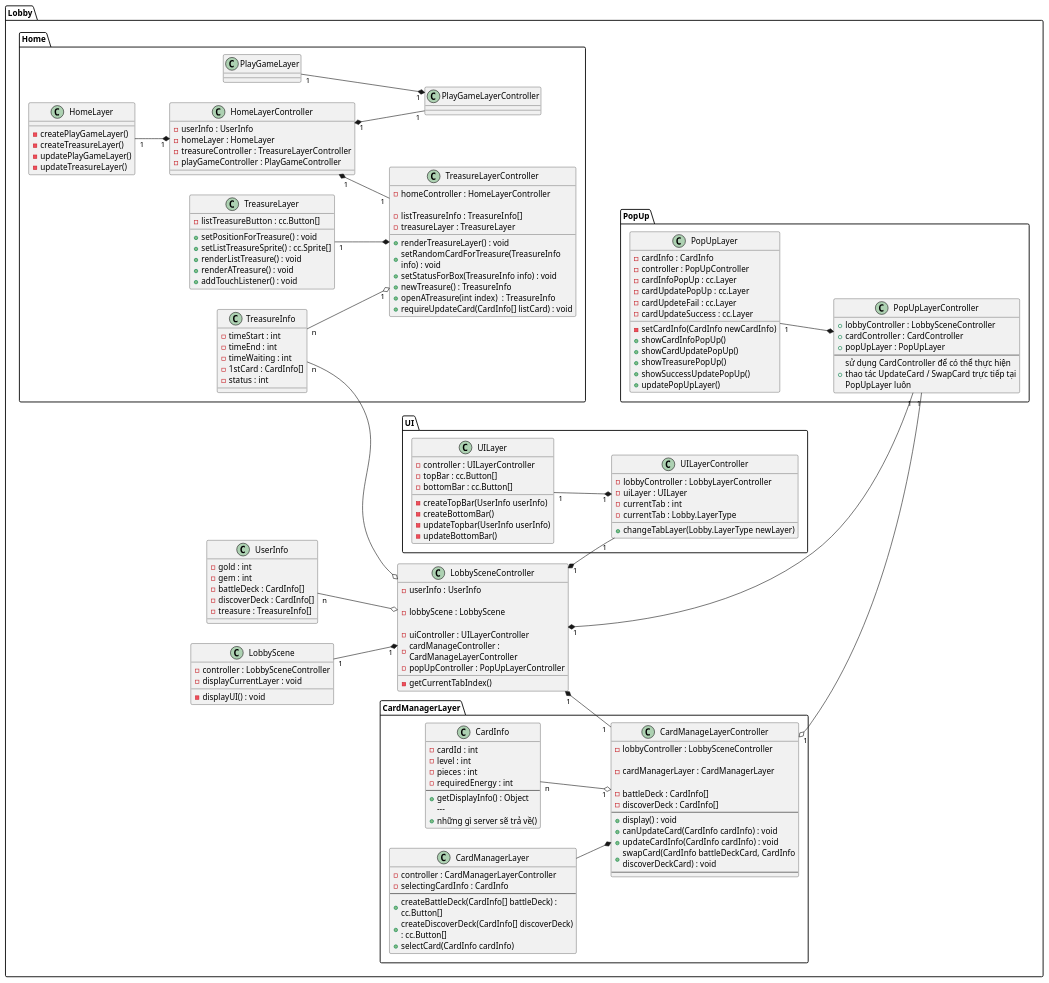
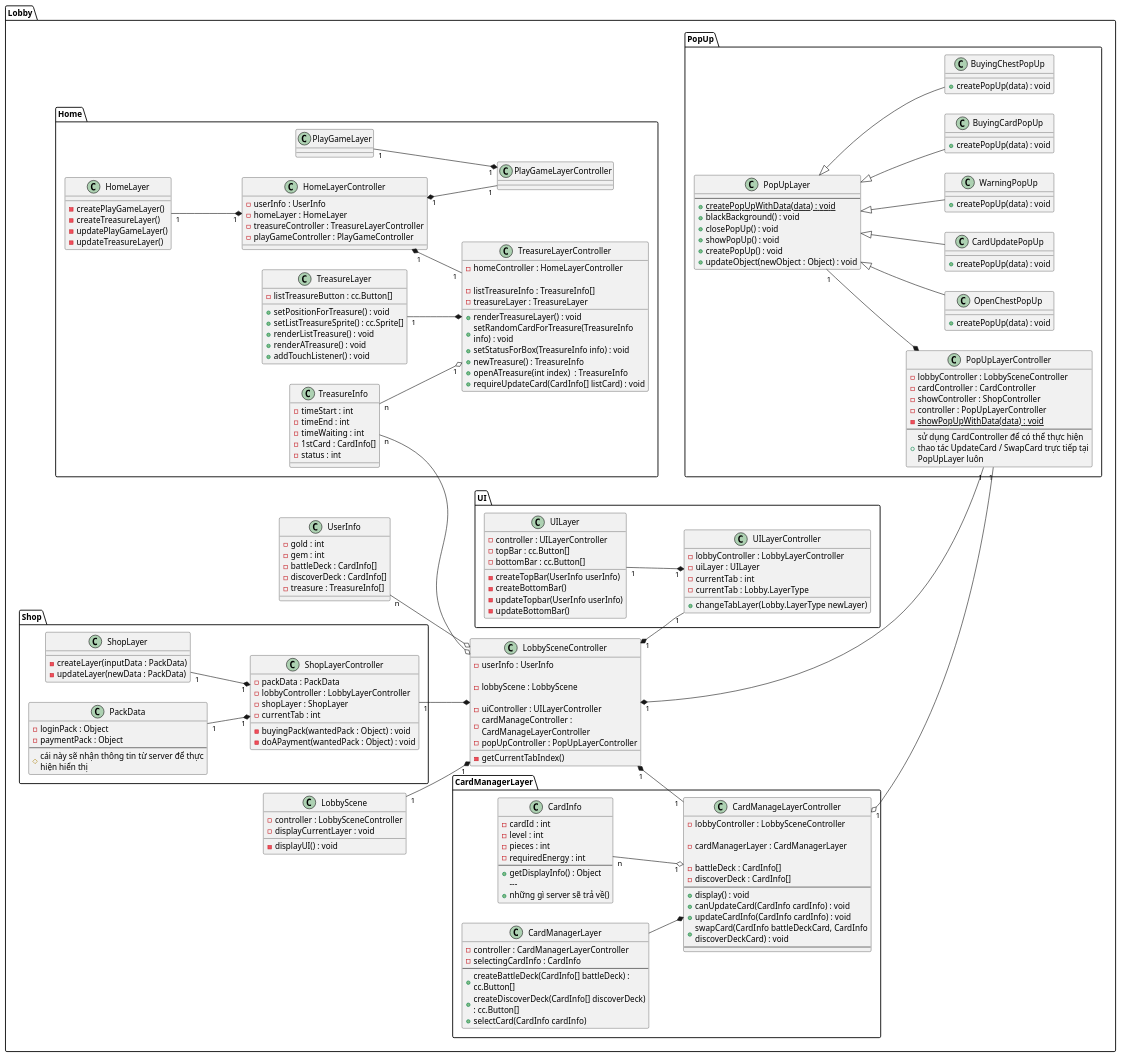
Before and after one commit to minh-tn-hust/VNG_storage: the diagram in class/package/lobby/Looby.plantuml, drawn with PlantUML. The commit also changed 2 other files, not shown here.

Commit message:
Diagram new

```diff
--- a/class/package/lobby/Looby.plantuml
+++ b/class/package/lobby/Looby.plantuml
@@ -89,28 +89,47 @@
     }
 
     package PopUp{
-        class PopUpLayer {
-            - cardInfo : CardInfo
-            - controller : PopUpController
-            - cardInfoPopUp : cc.Layer
-            - cardUpdatePopUp : cc.Layer
-            - cardUpdeteFail : cc.Layer
-            - cardUpdateSuccess : cc.Layer
-            - setCardInfo(CardInfo newCardInfo)
-            + showCardInfoPopUp()
-            + showCardUpdatePopUp()
-            + showTreasurePopUp()
-            + showSuccessUpdatePopUp()
-            + updatePopUpLayer()
-        }
 
         class PopUpLayerController {
-            + lobbyController : LobbySceneController
-            + cardController : CardController
-            + popUpLayer : PopUpLayer
+            - lobbyController : LobbySceneController
+            - cardController : CardController
+            - showController : ShopController
+            - controller : PopUpLayerController
+            - {static} showPopUpWithData(data) : void
             ---
             + sử dụng CardController để có thể thực hiện thao tác UpdateCard / SwapCard trực tiếp tại PopUpLayer luôn
         }
+
+        class PopUpLayer {
+            ---
+            + {static} createPopUpWithData(data) : void
+            + blackBackground() : void
+            + closePopUp() : void
+            + showPopUp() : void
+            + createPopUp() : void
+            + updateObject(newObject : Object) : void
+        }
+
+        class OpenChestPopUp extends PopUpLayer {
+            + createPopUp(data) : void
+        }
+        
+        class CardUpdatePopUp extends PopUpLayer {
+            + createPopUp(data) : void
+        }
+
+        class WarningPopUp extends PopUpLayer {
+            + createPopUp(data) : void
+        }
+
+        class BuyingCardPopUp extends PopUpLayer {
+            + createPopUp(data) : void
+        }
+
+        class BuyingChestPopUp extends PopUpLayer {
+            + createPopUp(data) : void
+        }
+
         PopUpLayer "1" --* PopUpLayerController
     }
 
@@ -154,6 +173,33 @@
         CardManagerLayer --* CardManageLayerController
     }
 
+    package Shop {
+        class ShopLayer {
+            - createLayer(inputData : PackData)
+            - updateLayer(newData : PackData)
+        }
+
+        class ShopLayerController {
+            - packData : PackData
+            - lobbyController : LobbyLayerController
+            - shopLayer : ShopLayer
+            - currentTab : int
+            - buyingPack(wantedPack : Object) : void
+            - doAPayment(wantedPack : Object) : void
+        }
+
+        class PackData {
+            - loginPack : Object
+            - paymentPack : Object
+            ---
+            # cái này sẽ nhận thông tin từ server để thực hiện hiển thị
+        }
+
+        ShopLayer "1" --* "1" ShopLayerController
+        PackData "1" --* "1" ShopLayerController
+        ShopLayerController "1" --* LobbySceneController
+    }
+
 
     package UI {
         class UILayer {
```
